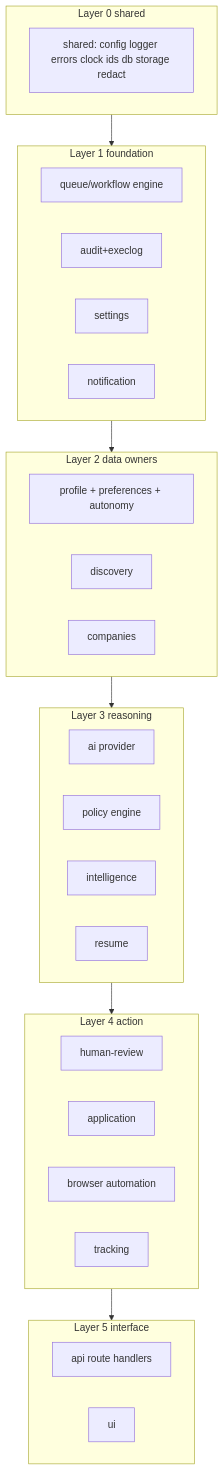
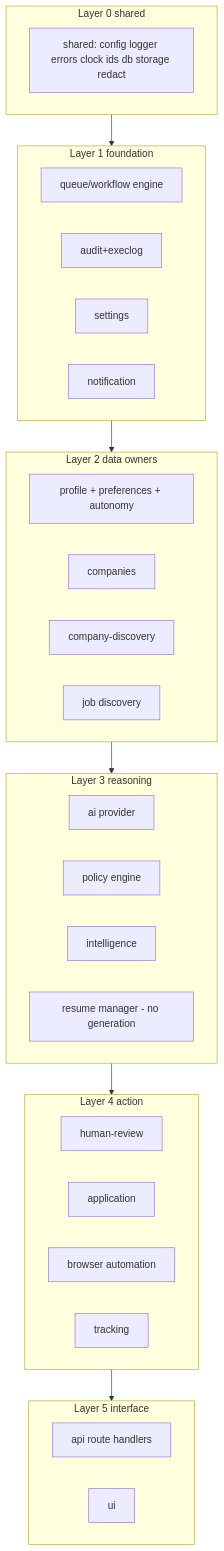
Before and after one commit to Ishaan488/career-copilot: the second of 2 diagrams in docs/05-architecture.md, drawn with Mermaid. The commit also changed other lines of this file and 20 other files, not shown here.

````diff
--- a/docs/05-architecture.md
+++ b/docs/05-architecture.md
@@ -41,34 +41,35 @@
 ```mermaid
 flowchart TD
   subgraph L0[Layer 0 shared]
     shared[shared: config logger errors clock ids db storage redact]
   end
   subgraph L1[Layer 1 foundation]
     queue[queue/workflow engine]
     audit[audit+execlog]
     settings[settings]
     notify[notification]
   end
   subgraph L2[Layer 2 data owners]
     profile[profile + preferences + autonomy]
-    discovery[discovery]
     companies[companies]
+    cdisc[company-discovery]
+    discovery[job discovery]
   end
   subgraph L3[Layer 3 reasoning]
     ai[ai provider]
     policy[policy engine]
     intel[intelligence]
-    resume[resume]
+    resume[resume manager - no generation]
   end
   subgraph L4[Layer 4 action]
     review[human-review]
     apply[application]
     browser[browser automation]
     tracking[tracking]
   end
   subgraph L5[Layer 5 interface]
     api[api route handlers]
     ui[ui]
   end
   L0 --> L1 --> L2 --> L3 --> L4 --> L5
 ```
````
